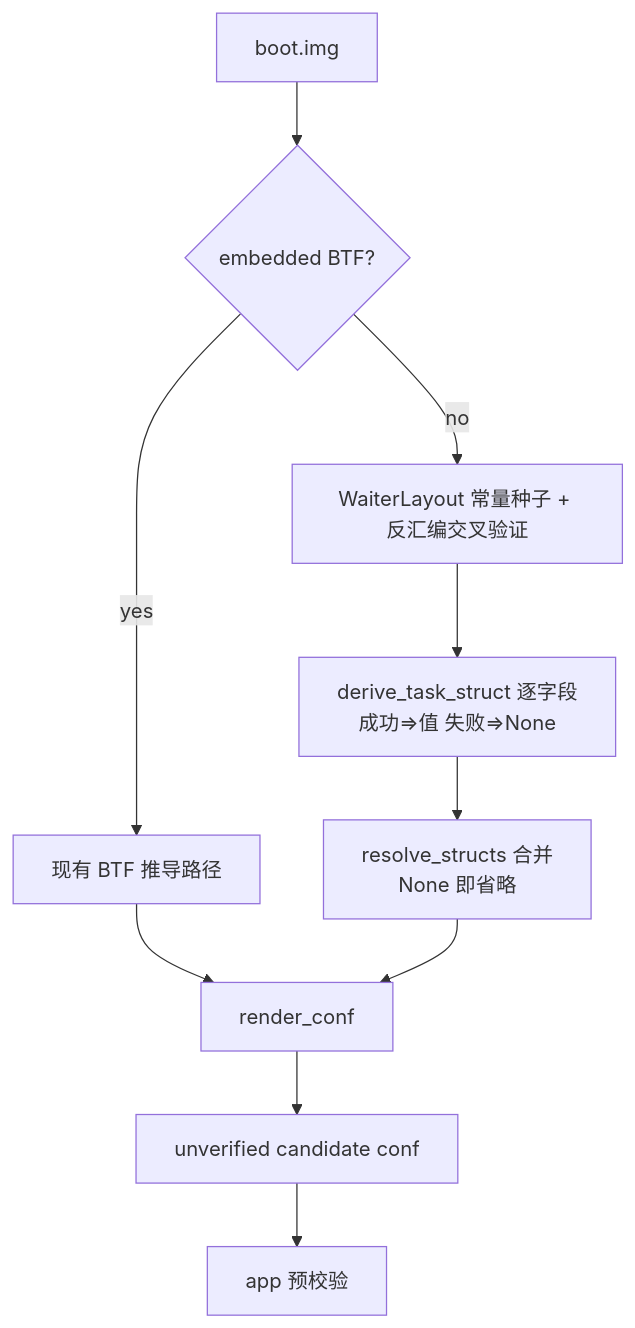
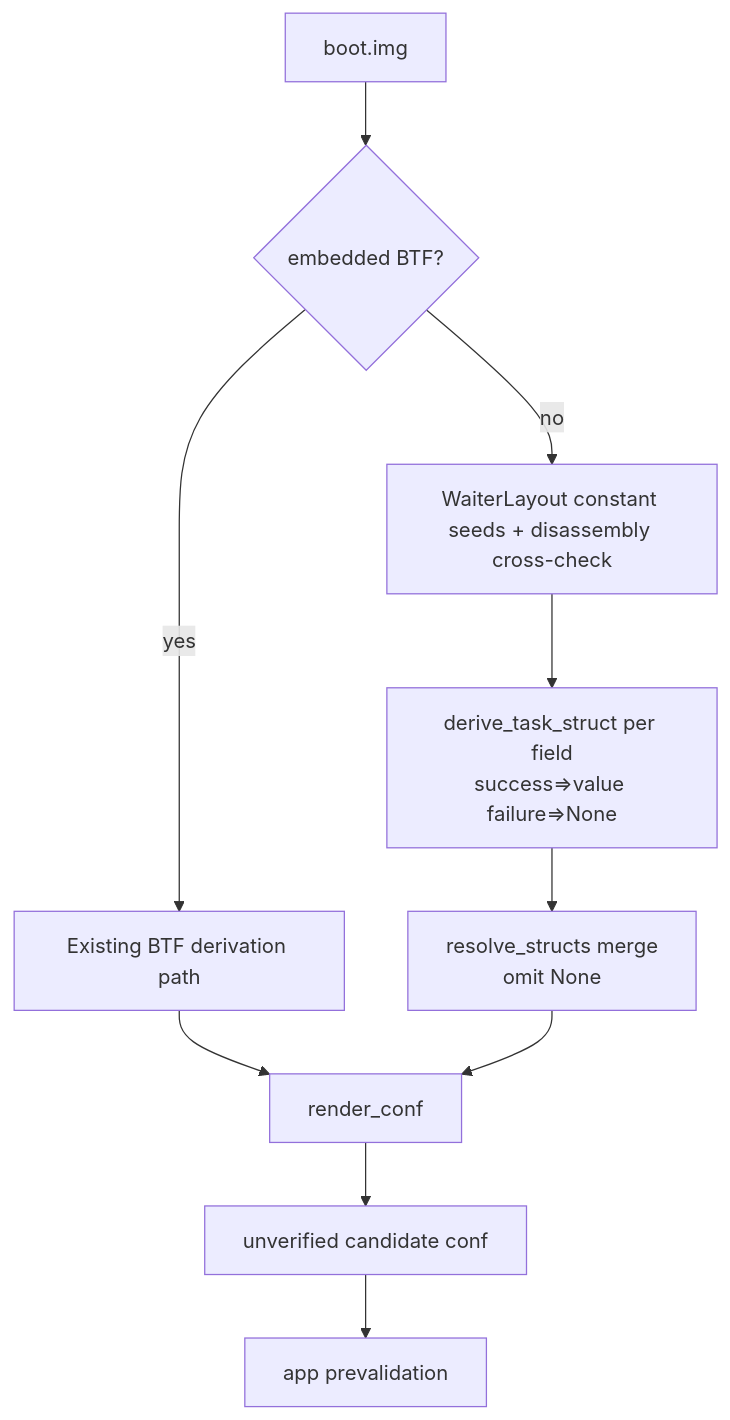
Before and after one commit to YuKongA/ghostlock-app: the diagram in docs/analysis/extractor-no-btf-struct-derivation-plan.md, drawn with Mermaid. The commit also changed other lines of this file and 41 other files, not shown here.

````diff
--- a/docs/analysis/extractor-no-btf-struct-derivation-plan.md
+++ b/docs/analysis/extractor-no-btf-struct-derivation-plan.md
@@ -90,12 +99,12 @@
 ```mermaid
 flowchart TD
   A[boot.img] --> B{embedded BTF?}
-  B -- yes --> C[现有 BTF 推导路径]
-  B -- no --> D[WaiterLayout 常量种子 + 反汇编交叉验证]
-  D --> E[derive_task_struct 逐字段<br/>成功=>值 失败=>None]
-  E --> F[resolve_structs 合并<br/>None 即省略]
+  B -- yes --> C[Existing BTF derivation path]
+  B -- no --> D[WaiterLayout constant seeds + disassembly cross-check]
+  D --> E[derive_task_struct per field<br/>success=>value failure=>None]
+  E --> F[resolve_structs merge<br/>omit None]
   C --> G[render_conf]
   F --> G
   G --> H[unverified candidate conf]
-  H --> I[app 预校验]
+  H --> I[app prevalidation]
 ```
````
